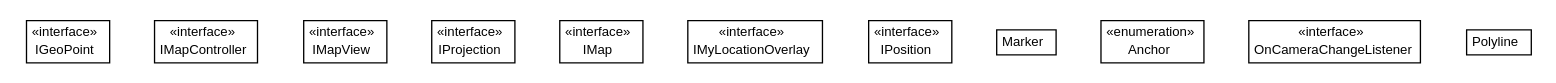
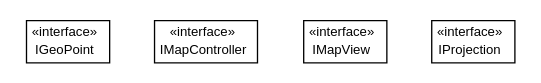
The diagram in javadocAll/org/osmdroid/api/org.osmdroid.api.dot (osmdroid/osmdroid), drawn with Graphviz before and after one commit. The commit also changed 5378 other files, not shown here.

```diff
--- a/javadocAll/org/osmdroid/api/org.osmdroid.api.dot
+++ b/javadocAll/org/osmdroid/api/org.osmdroid.api.dot
@@ -1,87 +1,40 @@
 #!/usr/local/bin/dot
 #
 # Class diagram 
 # Generated by UMLGraph version R5_6-24-gf6e263 (http://www.umlgraph.org/)
 #
 
 digraph G {
 	edge [fontname="arial",fontsize=10,labelfontname="arial",labelfontsize=10];
 	node [fontname="arial",fontsize=10,shape=plaintext];
 	nodesep=0.25;
 	ranksep=0.5;
 	// org.osmdroid.api.IGeoPoint
-	c20018 [label=<<table title="org.osmdroid.api.IGeoPoint" border="0" cellborder="1" cellspacing="0" cellpadding="2" port="p" href="./IGeoPoint.html">
+	c20597 [label=<<table title="org.osmdroid.api.IGeoPoint" border="0" cellborder="1" cellspacing="0" cellpadding="2" port="p" href="./IGeoPoint.html">
 		<tr><td><table border="0" cellspacing="0" cellpadding="1">
 <tr><td align="center" balign="center"> &#171;interface&#187; </td></tr>
 <tr><td align="center" balign="center"> IGeoPoint </td></tr>
 		</table></td></tr>
 		</table>>, URL="./IGeoPoint.html", fontname="arial", fontcolor="black", fontsize=10.0];
 	// org.osmdroid.api.IMapController
-	c20019 [label=<<table title="org.osmdroid.api.IMapController" border="0" cellborder="1" cellspacing="0" cellpadding="2" port="p" href="./IMapController.html">
+	c20598 [label=<<table title="org.osmdroid.api.IMapController" border="0" cellborder="1" cellspacing="0" cellpadding="2" port="p" href="./IMapController.html">
 		<tr><td><table border="0" cellspacing="0" cellpadding="1">
 <tr><td align="center" balign="center"> &#171;interface&#187; </td></tr>
 <tr><td align="center" balign="center"> IMapController </td></tr>
 		</table></td></tr>
 		</table>>, URL="./IMapController.html", fontname="arial", fontcolor="black", fontsize=10.0];
 	// org.osmdroid.api.IMapView
-	c20020 [label=<<table title="org.osmdroid.api.IMapView" border="0" cellborder="1" cellspacing="0" cellpadding="2" port="p" href="./IMapView.html">
+	c20599 [label=<<table title="org.osmdroid.api.IMapView" border="0" cellborder="1" cellspacing="0" cellpadding="2" port="p" href="./IMapView.html">
 		<tr><td><table border="0" cellspacing="0" cellpadding="1">
 <tr><td align="center" balign="center"> &#171;interface&#187; </td></tr>
 <tr><td align="center" balign="center"> IMapView </td></tr>
 		</table></td></tr>
 		</table>>, URL="./IMapView.html", fontname="arial", fontcolor="black", fontsize=10.0];
 	// org.osmdroid.api.IProjection
-	c20021 [label=<<table title="org.osmdroid.api.IProjection" border="0" cellborder="1" cellspacing="0" cellpadding="2" port="p" href="./IProjection.html">
+	c20600 [label=<<table title="org.osmdroid.api.IProjection" border="0" cellborder="1" cellspacing="0" cellpadding="2" port="p" href="./IProjection.html">
 		<tr><td><table border="0" cellspacing="0" cellpadding="1">
 <tr><td align="center" balign="center"> &#171;interface&#187; </td></tr>
 <tr><td align="center" balign="center"> IProjection </td></tr>
 		</table></td></tr>
 		</table>>, URL="./IProjection.html", fontname="arial", fontcolor="black", fontsize=10.0];
-	// org.osmdroid.api.IMap
-	c20265 [label=<<table title="org.osmdroid.api.IMap" border="0" cellborder="1" cellspacing="0" cellpadding="2" port="p" href="./IMap.html">
-		<tr><td><table border="0" cellspacing="0" cellpadding="1">
-<tr><td align="center" balign="center"> &#171;interface&#187; </td></tr>
-<tr><td align="center" balign="center"> IMap </td></tr>
-		</table></td></tr>
-		</table>>, URL="./IMap.html", fontname="arial", fontcolor="black", fontsize=10.0];
-	// org.osmdroid.api.IMyLocationOverlay
-	c20266 [label=<<table title="org.osmdroid.api.IMyLocationOverlay" border="0" cellborder="1" cellspacing="0" cellpadding="2" port="p" href="./IMyLocationOverlay.html">
-		<tr><td><table border="0" cellspacing="0" cellpadding="1">
-<tr><td align="center" balign="center"> &#171;interface&#187; </td></tr>
-<tr><td align="center" balign="center"> IMyLocationOverlay </td></tr>
-		</table></td></tr>
-		</table>>, URL="./IMyLocationOverlay.html", fontname="arial", fontcolor="black", fontsize=10.0];
-	// org.osmdroid.api.IPosition
-	c20267 [label=<<table title="org.osmdroid.api.IPosition" border="0" cellborder="1" cellspacing="0" cellpadding="2" port="p" href="./IPosition.html">
-		<tr><td><table border="0" cellspacing="0" cellpadding="1">
-<tr><td align="center" balign="center"> &#171;interface&#187; </td></tr>
-<tr><td align="center" balign="center"> IPosition </td></tr>
-		</table></td></tr>
-		</table>>, URL="./IPosition.html", fontname="arial", fontcolor="black", fontsize=10.0];
-	// org.osmdroid.api.Marker
-	c20268 [label=<<table title="org.osmdroid.api.Marker" border="0" cellborder="1" cellspacing="0" cellpadding="2" port="p" href="./Marker.html">
-		<tr><td><table border="0" cellspacing="0" cellpadding="1">
-<tr><td align="center" balign="center"> Marker </td></tr>
-		</table></td></tr>
-		</table>>, URL="./Marker.html", fontname="arial", fontcolor="black", fontsize=10.0];
-	// org.osmdroid.api.Marker.Anchor
-	c20269 [label=<<table title="org.osmdroid.api.Marker.Anchor" border="0" cellborder="1" cellspacing="0" cellpadding="2" port="p" href="./Marker.Anchor.html">
-		<tr><td><table border="0" cellspacing="0" cellpadding="1">
-<tr><td align="center" balign="center"> &#171;enumeration&#187; </td></tr>
-<tr><td align="center" balign="center"> Anchor </td></tr>
-		</table></td></tr>
-		</table>>, URL="./Marker.Anchor.html", fontname="arial", fontcolor="black", fontsize=10.0];
-	// org.osmdroid.api.OnCameraChangeListener
-	c20270 [label=<<table title="org.osmdroid.api.OnCameraChangeListener" border="0" cellborder="1" cellspacing="0" cellpadding="2" port="p" href="./OnCameraChangeListener.html">
-		<tr><td><table border="0" cellspacing="0" cellpadding="1">
-<tr><td align="center" balign="center"> &#171;interface&#187; </td></tr>
-<tr><td align="center" balign="center"> OnCameraChangeListener </td></tr>
-		</table></td></tr>
-		</table>>, URL="./OnCameraChangeListener.html", fontname="arial", fontcolor="black", fontsize=10.0];
-	// org.osmdroid.api.Polyline
-	c20271 [label=<<table title="org.osmdroid.api.Polyline" border="0" cellborder="1" cellspacing="0" cellpadding="2" port="p" href="./Polyline.html">
-		<tr><td><table border="0" cellspacing="0" cellpadding="1">
-<tr><td align="center" balign="center"> Polyline </td></tr>
-		</table></td></tr>
-		</table>>, URL="./Polyline.html", fontname="arial", fontcolor="black", fontsize=10.0];
 }
```
